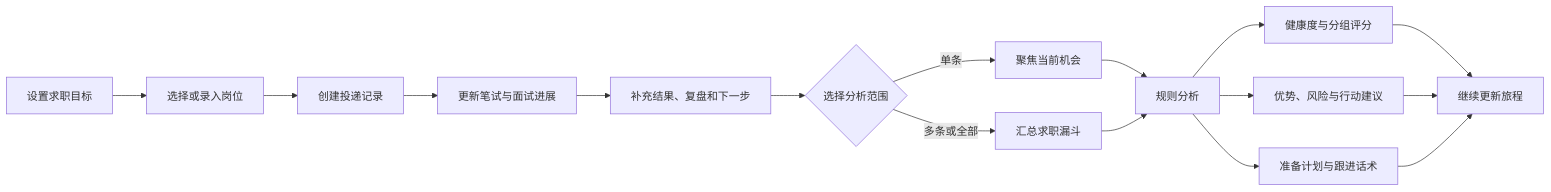
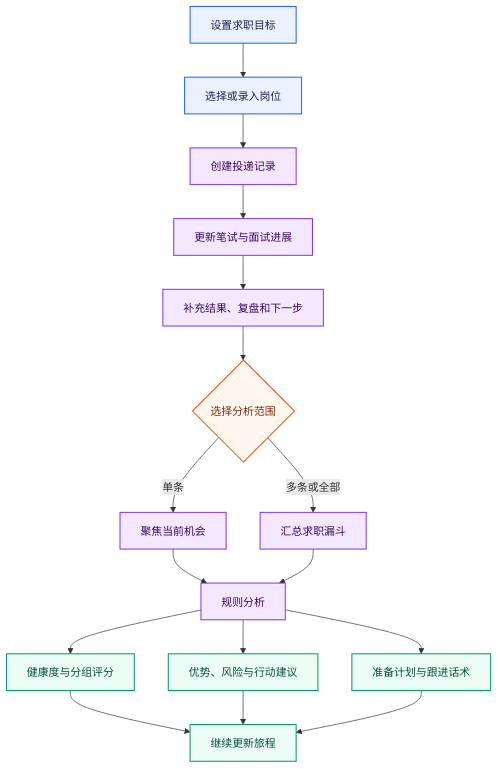
The diagram in agent-doc/业务功能/求职旅程与投递管理.md (Logistic98/job-buddy), drawn with Mermaid before and after one commit. The commit also changed other lines of this file and 32 other files, not shown here.

````diff
--- a/agent-doc/业务功能/求职旅程与投递管理.md
+++ b/agent-doc/业务功能/求职旅程与投递管理.md
@@ -19,18 +13,28 @@
 ```mermaid
-graph LR
+graph TD
     A[设置求职目标] --> B[选择或录入岗位]
     B --> C[创建投递记录]
     C --> D[更新笔试与面试进展]
     D --> E["补充结果、复盘和下一步"]
     E --> F{选择分析范围}
     F -->|单条| G[聚焦当前机会]
     F -->|多条或全部| H[汇总求职漏斗]
     G --> I[规则分析]
     H --> I
     I --> J[健康度与分组评分]
     I --> K["优势、风险与行动建议"]
     I --> L[准备计划与跟进话术]
     J --> M[继续更新旅程]
     K --> M
     L --> M
+
+    classDef entry fill:#EAF2FF,stroke:#2563EB,color:#172554,stroke-width:1.5px;
+    classDef process fill:#F3E8FF,stroke:#7C3AED,color:#3B0764,stroke-width:1.5px;
+    classDef decision fill:#FFF7ED,stroke:#EA580C,color:#7C2D12,stroke-width:1.5px;
+    classDef outcome fill:#ECFDF5,stroke:#059669,color:#064E3B,stroke-width:1.5px;
+
+    class A,B entry;
+    class C,D,E,G,H,I process;
+    class F decision;
+    class J,K,L,M outcome;
 ```
````
